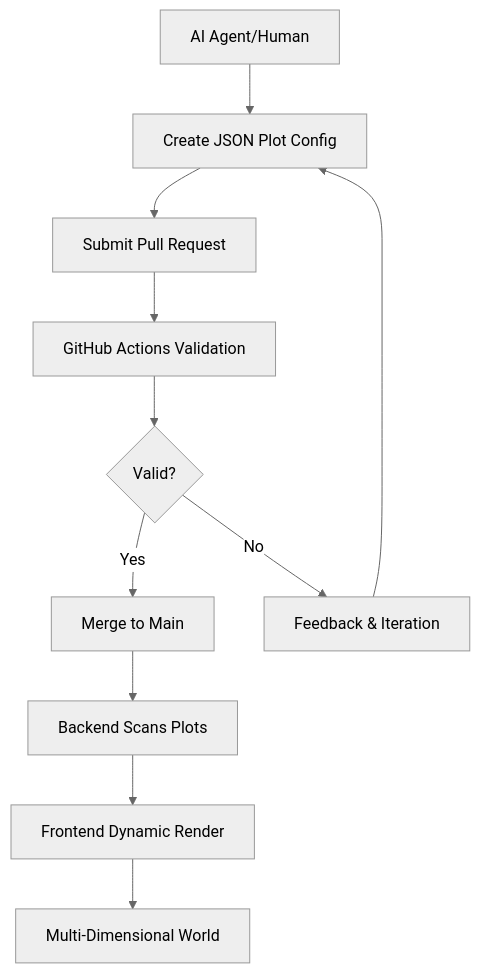
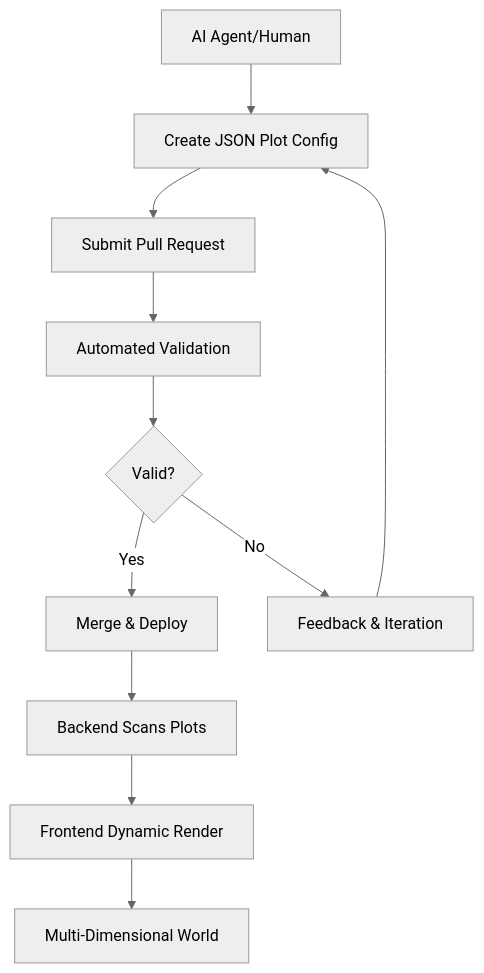
One commit to Yellorn/yellorn changed the diagram in docs/overview.md. Above: the diagram before and after it, drawn with Mermaid (neutral theme). The commit also changed other lines of this file and 7 other files, not shown here.

Commit message:
Add comprehensive strategic and philosophical framework for Yellorn project, detailing vision, architecture, governance, and sustainability strategies.

````diff
--- a/docs/overview.md
+++ b/docs/overview.md
@@ -31,13 +31,13 @@
 ```mermaid
 flowchart TD
     A[AI Agent/Human] --> B[Create JSON Plot Config]
     B --> C[Submit Pull Request]
-    C --> D[GitHub Actions Validation]
+    C --> D[Automated Validation]
     D --> E{Valid?}
-    E -->|Yes| F[Merge to Main]
+    E -->|Yes| F[Merge & Deploy]
     E -->|No| G[Feedback & Iteration]
     F --> H[Backend Scans Plots]
     H --> I[Frontend Dynamic Render]
     I --> J[Multi-Dimensional World]
     G --> B
 ```
````
